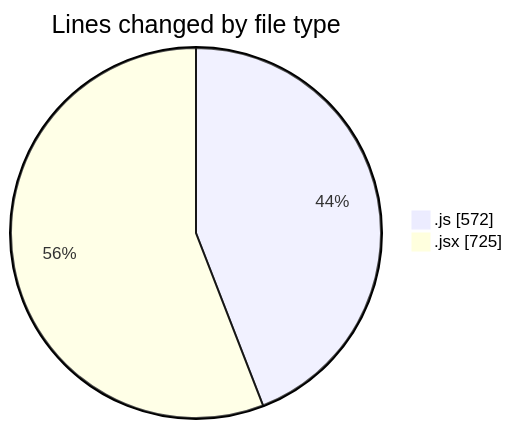
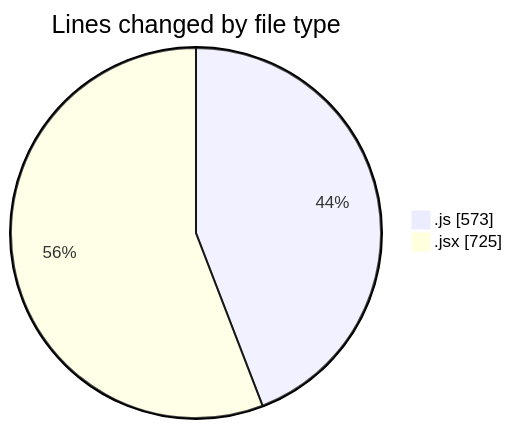
The first of 2 diagrams in 2025-05-29/nxtqube_webapp/README.md (nxtqubesakshisongat/code-tracking), drawn with Mermaid before and after one commit. The commit also changed other lines of this file and 1 other file, not shown here.

````diff
--- a/2025-05-29/nxtqube_webapp/README.md
+++ b/2025-05-29/nxtqube_webapp/README.md
@@ -32,6 +32,6 @@
 ```mermaid
 pie showData
 title Lines changed by file type
-".js" : 572
+".js" : 573
 ".jsx" : 725
 ```
````
